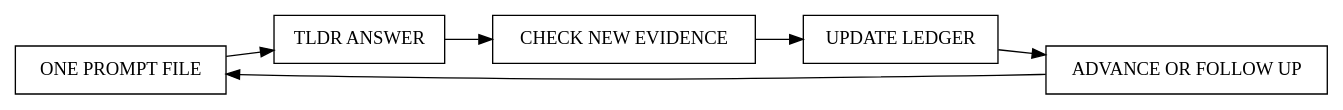
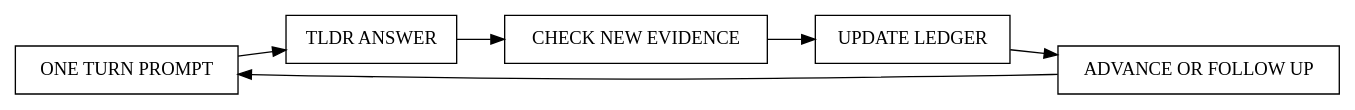
The second of 2 diagrams in skills/foreman-review/SKILL.md (anjulgarg/agents), drawn with Graphviz before and after one commit. The commit also changed other lines of this file and 24 other files, not shown here.

````diff
--- a/skills/foreman-review/SKILL.md
+++ b/skills/foreman-review/SKILL.md
@@ -70,15 +70,15 @@
 ```dot
 digraph Interview {
     rankdir=LR;
     node [shape=box];
 
-    prompt [label="ONE PROMPT FILE"];
+    prompt [label="ONE TURN PROMPT"];
     answer [label="TLDR ANSWER"];
     check [label="CHECK NEW EVIDENCE"];
     ledger [label="UPDATE LEDGER"];
     next [label="ADVANCE OR FOLLOW UP"];
 
     prompt -> answer -> check -> ledger -> next;
     next -> prompt;
 }
 ```
````
